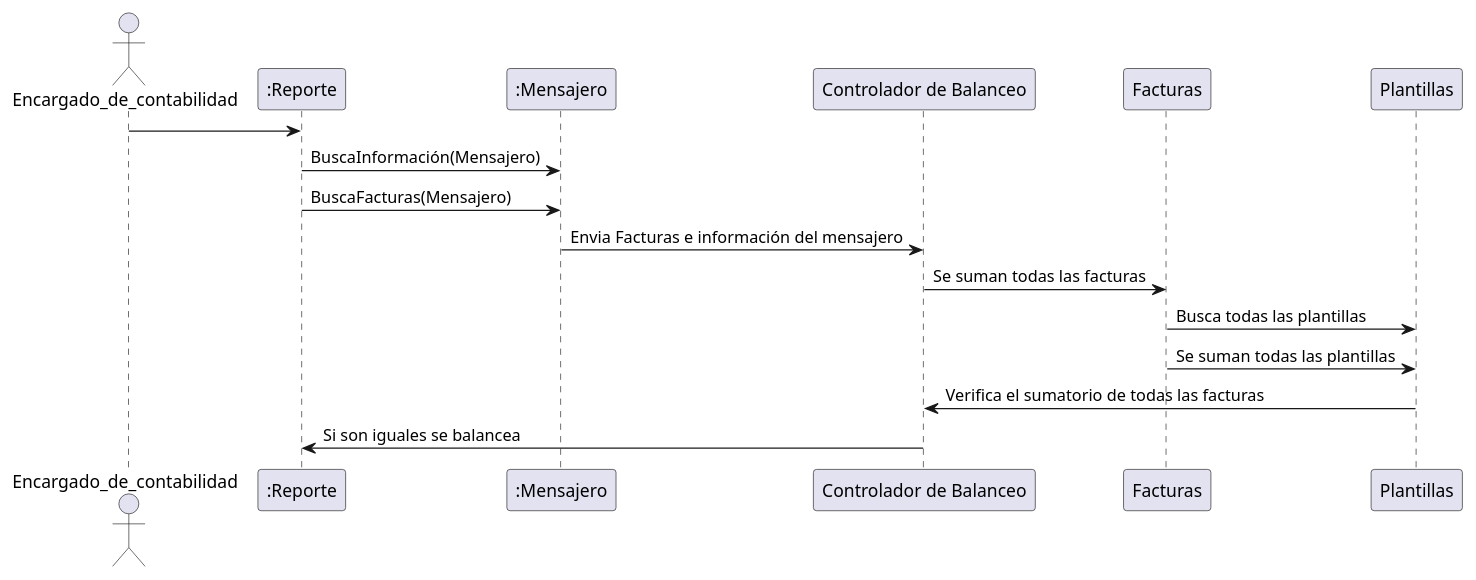
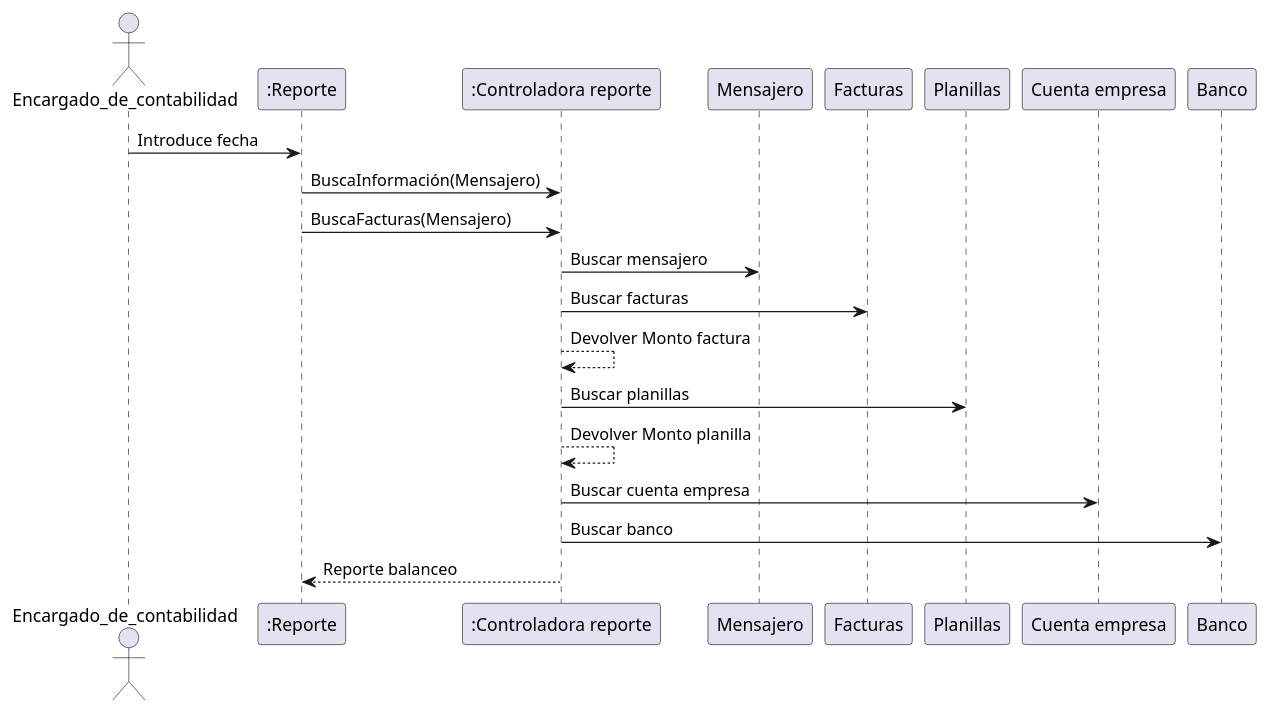
One commit to ricardoasinr/Sistemas-de-la-informacion changed the diagram in Caso Balanceo/Diagrama de secuencia/8. Elaborar informe de balanceo.plantuml. Above: the diagram before and after it, drawn with PlantUML. The commit also changed 43 other files, not shown here.

```diff
--- a/Caso Balanceo/Diagrama de secuencia/8. Elaborar informe de balanceo.plantuml
+++ b/Caso Balanceo/Diagrama de secuencia/8. Elaborar informe de balanceo.plantuml
@@ -1,25 +1,25 @@
 @startuml 8. Elaborar informe de balanceoCorregido
 
 actor Encargado_de_contabilidad
 
 
-Encargado_de_contabilidad -> ":Reporte" 
+Encargado_de_contabilidad -> ":Reporte" : Introduce fecha
 
 
-":Reporte" -> ":Mensajero": BuscaInformación(Mensajero)
-":Reporte" -> ":Mensajero": BuscaFacturas(Mensajero)
+":Reporte" -> ":Controladora reporte": BuscaInformación(Mensajero)
+":Reporte" -> ":Controladora reporte": BuscaFacturas(Mensajero)
 
+":Controladora reporte" -> "Mensajero": Buscar mensajero
+":Controladora reporte" -> "Facturas": Buscar facturas
+":Controladora reporte" --> ":Controladora reporte": Devolver Monto factura
 
-":Mensajero" -> "Controlador de Balanceo": Envia Facturas e información del mensajero
+":Controladora reporte" -> "Planillas": Buscar planillas
+":Controladora reporte" --> ":Controladora reporte": Devolver Monto planilla
 
-"Controlador de Balanceo" -> "Facturas":Se suman todas las facturas
-"Facturas" -> "Plantillas":Busca todas las plantillas
-"Facturas" -> "Plantillas":Se suman todas las plantillas
+":Controladora reporte"-> "Cuenta empresa" : Buscar cuenta empresa
+":Controladora reporte" -> "Banco": Buscar banco
 
-"Plantillas" -> "Controlador de Balanceo":Verifica el sumatorio de todas las facturas
-"Controlador de Balanceo" -> ":Reporte": Si son iguales se balancea
-
-
+":Controladora reporte" --> ":Reporte" : Reporte balanceo
 
 
 @enduml
```
